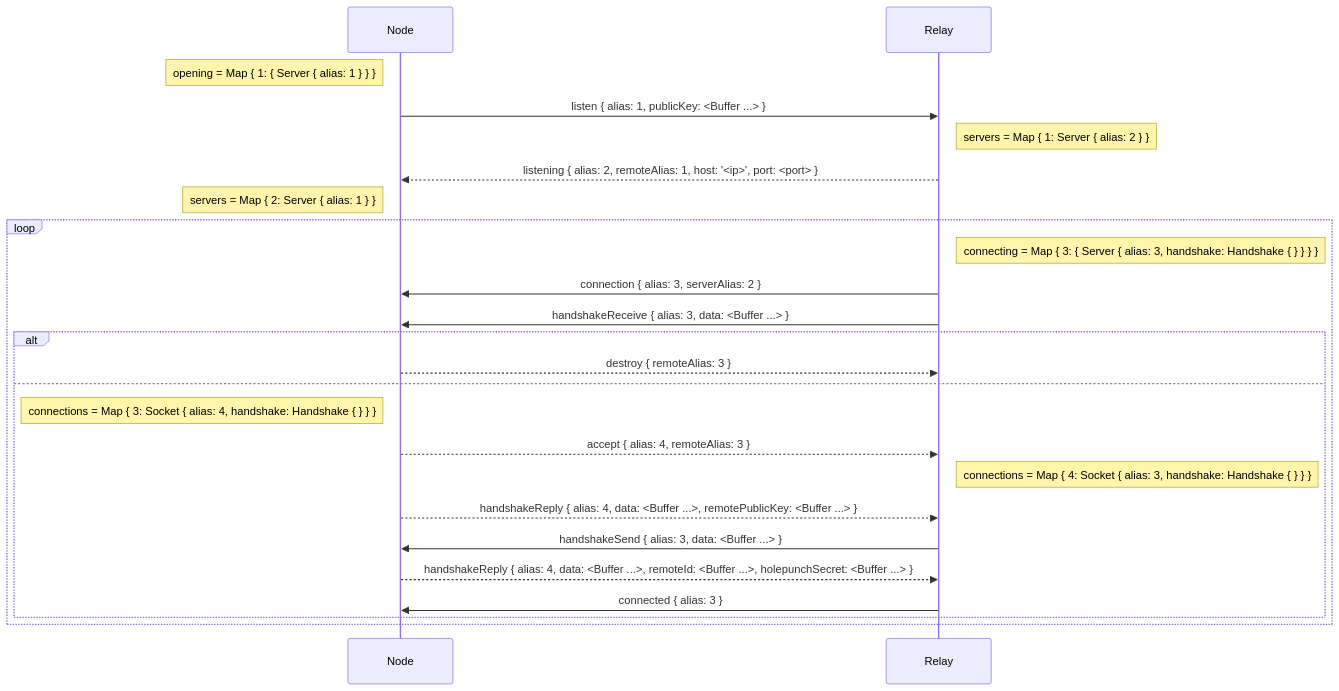
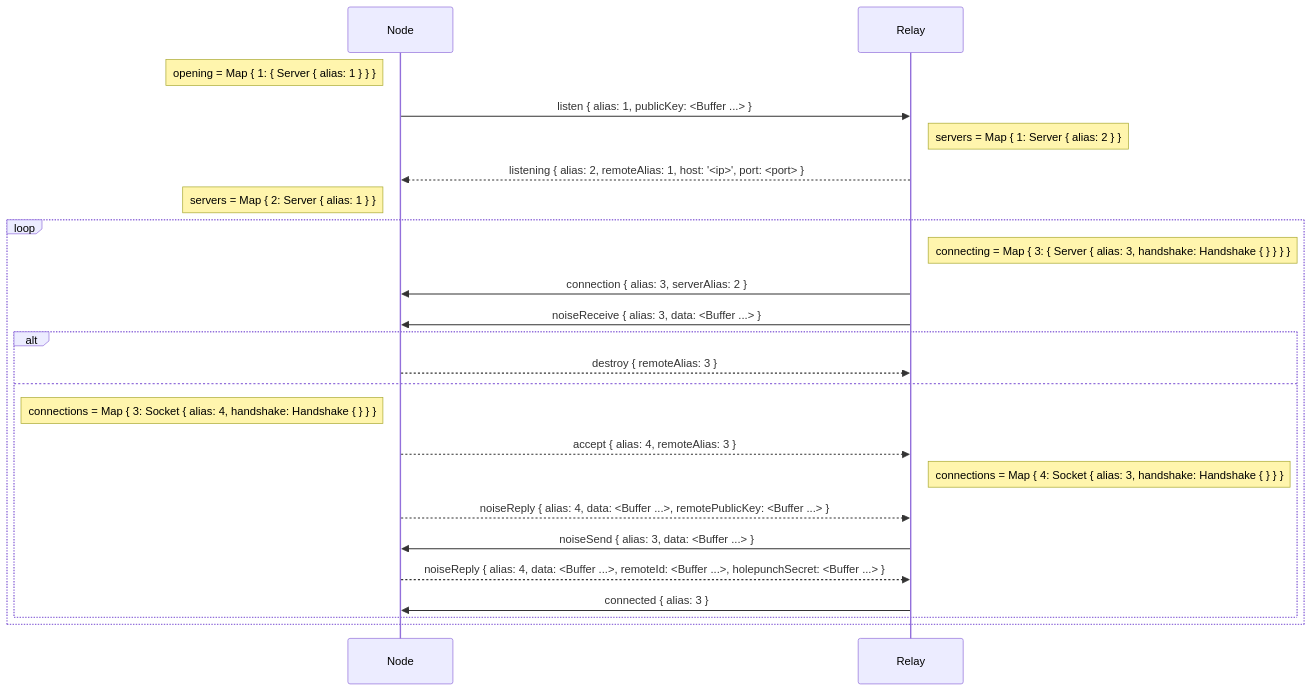
Before and after one commit to holepunchto/hyperswarm-dht-relay: the diagram in media/diagrams/create-server-handshake.mmd, drawn with Mermaid. The commit also changed 1 other file, not shown here.

Commit message:
`handshake*` -> `noise*`

```diff
--- a/media/diagrams/create-server-handshake.mmd
+++ b/media/diagrams/create-server-handshake.mmd
@@ -1,39 +1,39 @@
 sequenceDiagram
   participant N as Node
   participant R as Relay
 
   note left of N: opening = Map { 1: { Server { alias: 1 } } }
 
   N->>R: listen { alias: 1, publicKey: <Buffer ...> }
 
   note right of R: servers = Map { 1: Server { alias: 2 } }
 
   R-->>N: listening { alias: 2, remoteAlias: 1, host: '<ip>', port: <port> }
 
   note left of N: servers = Map { 2: Server { alias: 1 } }
 
   loop
     note right of R: connecting = Map { 3: { Server { alias: 3, handshake: Handshake { } } } }
 
     R->>N: connection { alias: 3, serverAlias: 2 }
 
-    R->>N: handshakeReceive { alias: 3, data: <Buffer ...> }
+    R->>N: noiseReceive { alias: 3, data: <Buffer ...> }
 
     alt
       N-->>R: destroy { remoteAlias: 3 }
     else
       note left of N: connections = Map { 3: Socket { alias: 4, handshake: Handshake { } } }
 
       N-->>R: accept { alias: 4, remoteAlias: 3 }
 
       note right of R: connections = Map { 4: Socket { alias: 3, handshake: Handshake { } } }
 
-      N-->>R: handshakeReply { alias: 4, data: <Buffer ...>, remotePublicKey: <Buffer ...> }
+      N-->>R: noiseReply { alias: 4, data: <Buffer ...>, remotePublicKey: <Buffer ...> }
 
-      R->>N: handshakeSend { alias: 3, data: <Buffer ...> }
+      R->>N: noiseSend { alias: 3, data: <Buffer ...> }
 
-      N-->>R: handshakeReply { alias: 4, data: <Buffer ...>, remoteId: <Buffer ...>, holepunchSecret: <Buffer ...> }
+      N-->>R: noiseReply { alias: 4, data: <Buffer ...>, remoteId: <Buffer ...>, holepunchSecret: <Buffer ...> }
 
       R->>N: connected { alias: 3 }
     end
   end
```
